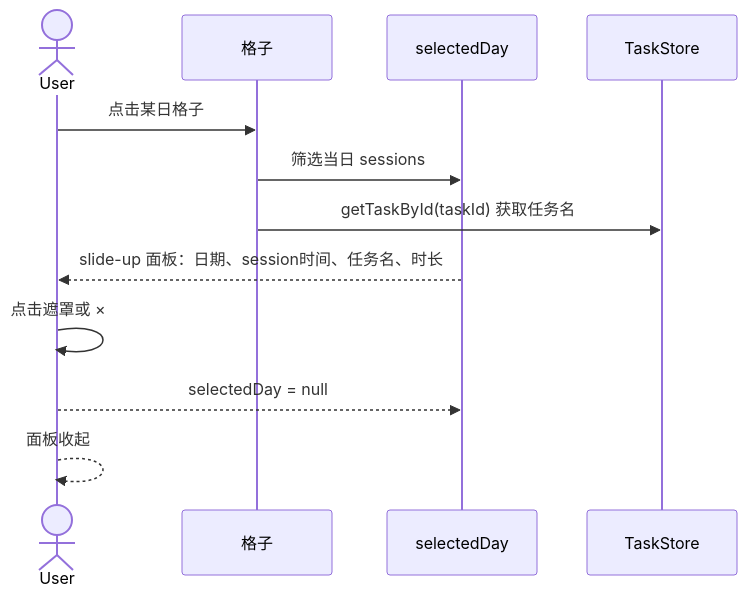
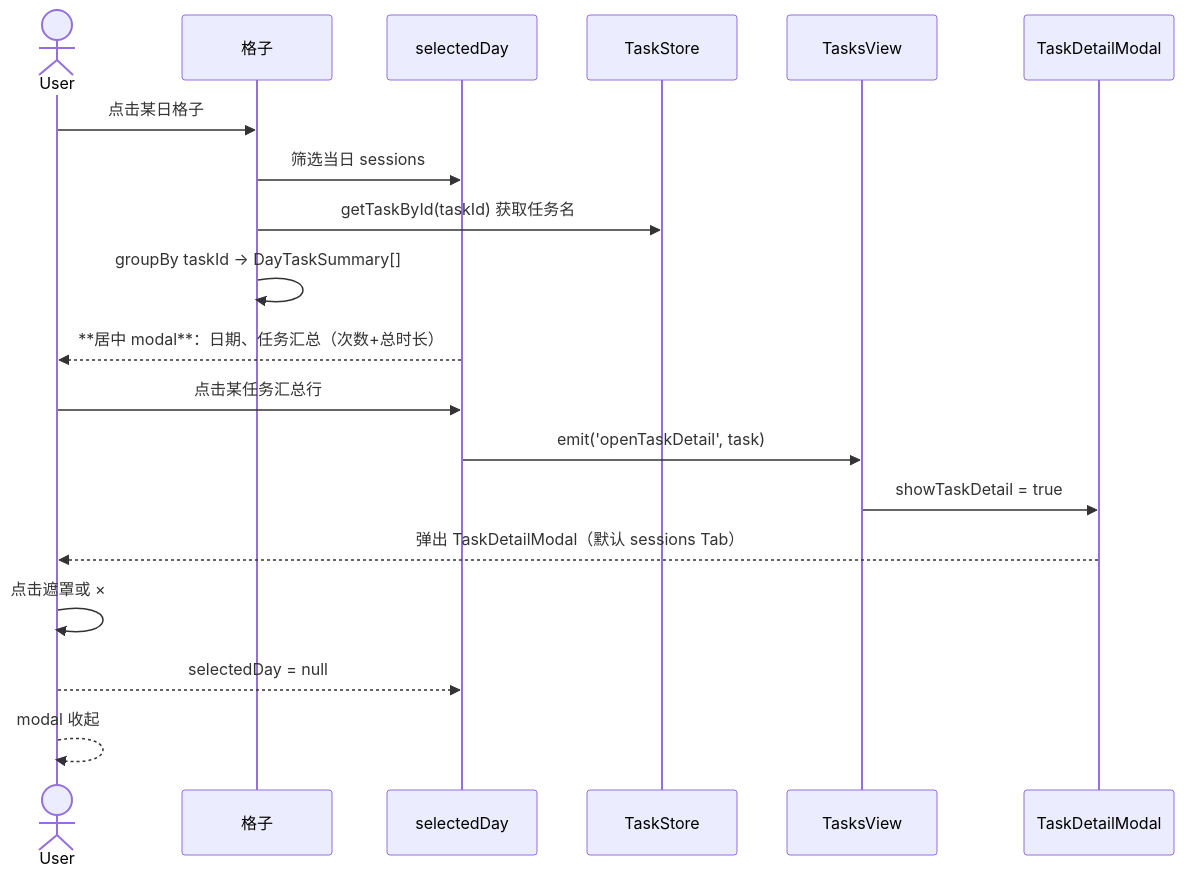
Before and after one commit to zc63463-cmyk/potodoroX: the second of 2 diagrams in DevNotes/Module/TasksView/TaskCalendar.addition01.md, drawn with Mermaid. The commit also changed other lines of this file and 1 other file, not shown here.

Commit message:
docs: update TasksView module docs with session grouping and calendar modal changes

````diff
--- a/DevNotes/Module/TasksView/TaskCalendar.addition01.md
+++ b/DevNotes/Module/TasksView/TaskCalendar.addition01.md
@@ -88,15 +94,22 @@
 ```mermaid
 sequenceDiagram
     actor U as User
     participant G as 格子
     participant S as selectedDay
     participant T as TaskStore
+    participant TV as TasksView
+    participant D as TaskDetailModal
 
     U->>G: 点击某日格子
     G->>S: 筛选当日 sessions
     G->>T: getTaskById(taskId) 获取任务名
-    S-->>U: slide-up 面板：日期、session时间、任务名、时长
+    G->>G: groupBy taskId → DayTaskSummary[]
+    S-->>U: **居中 modal**：日期、任务汇总（次数+总时长）
+    U->>S: 点击某任务汇总行
+    S->>TV: emit('openTaskDetail', task)
+    TV->>D: showTaskDetail = true
+    D-->>U: 弹出 TaskDetailModal（默认 sessions Tab）
     U->>U: 点击遮罩或 ×
     U-->>S: selectedDay = null
-    U-->>U: 面板收起
+    U-->>U: modal 收起
 ```
````
